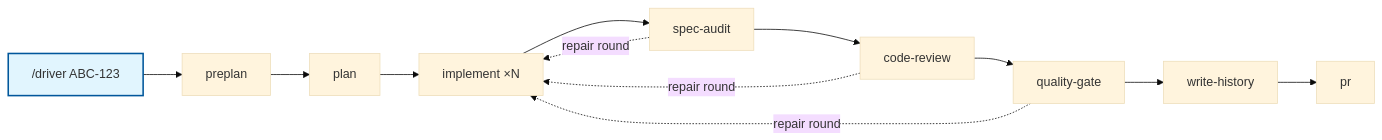
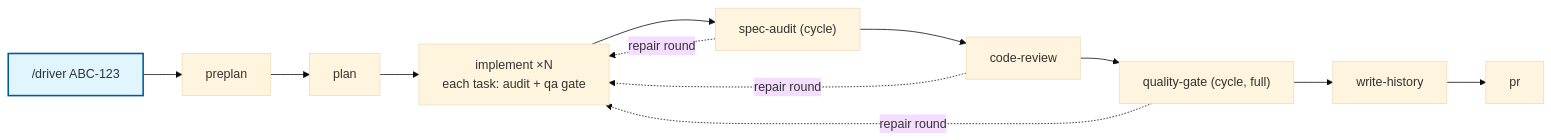
One commit to GoncaloJoaoCorreia/opencode-agents changed the diagram in README.md. Above: the diagram before and after it, drawn with Mermaid (base theme). The commit also changed other lines of this file and 12 other files, not shown here.

````diff
--- a/README.md
+++ b/README.md
@@ -11,11 +11,11 @@
 ```mermaid
 flowchart LR
-    DRV["/driver ABC-123"] --> PRE[preplan] --> PLAN[plan] --> IMP["implement ×N"]
-    IMP --> AUD[spec-audit] --> REV[code-review] --> QA[quality-gate]
+    DRV["/driver ABC-123"] --> PRE[preplan] --> PLAN[plan] --> IMP["implement ×N<br/>each task: audit + qa gate"]
+    IMP --> AUD["spec-audit (cycle)"] --> REV[code-review] --> QA["quality-gate (cycle, full)"]
     QA --> HIST[write-history] --> PR[pr]
     AUD -. "repair round" .-> IMP
     REV -. "repair round" .-> IMP
     QA  -. "repair round" .-> IMP
 
     style DRV fill:#e1f5fe,stroke:#01579b,stroke-width:2px
 ```
````
